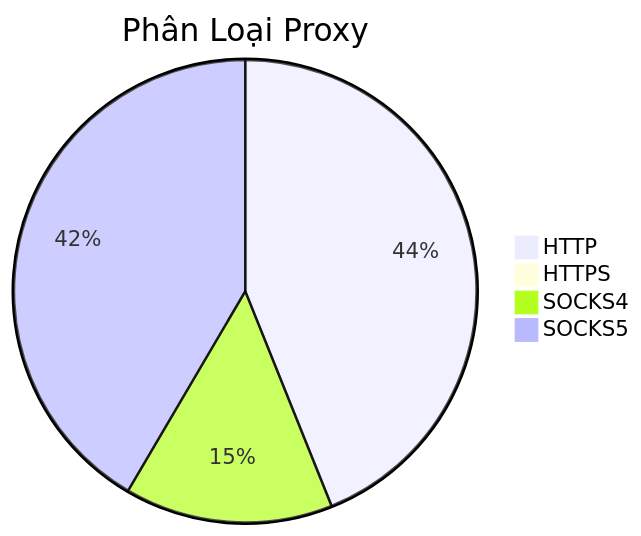
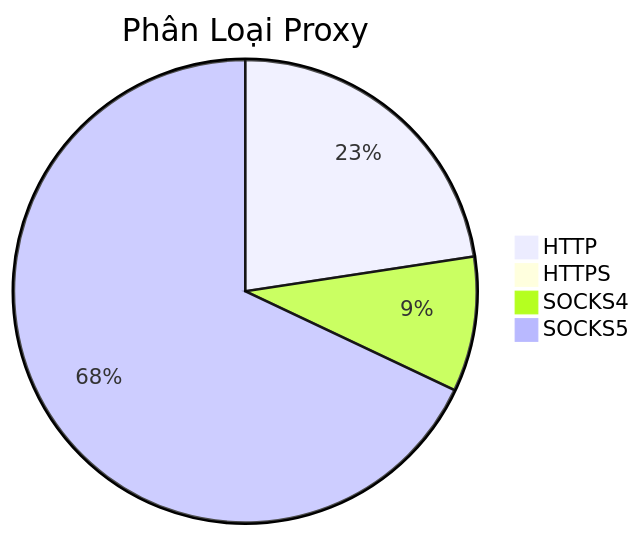
Before and after one commit to Ciara-Aa/PROXY-free: the diagram in README.md, drawn with Mermaid. The commit also changed other lines of this file and 3 other files, not shown here.

````diff
--- a/README.md
+++ b/README.md
@@ -26,7 +26,7 @@
 ```mermaid
 pie title Phân Loại Proxy
-    "HTTP" : 852
+    "HTTP" : 626
     "HTTPS" : 0
-    "SOCKS4" : 282
-    "SOCKS5" : 806
+    "SOCKS4" : 261
+    "SOCKS5" : 1883
 ```
````
